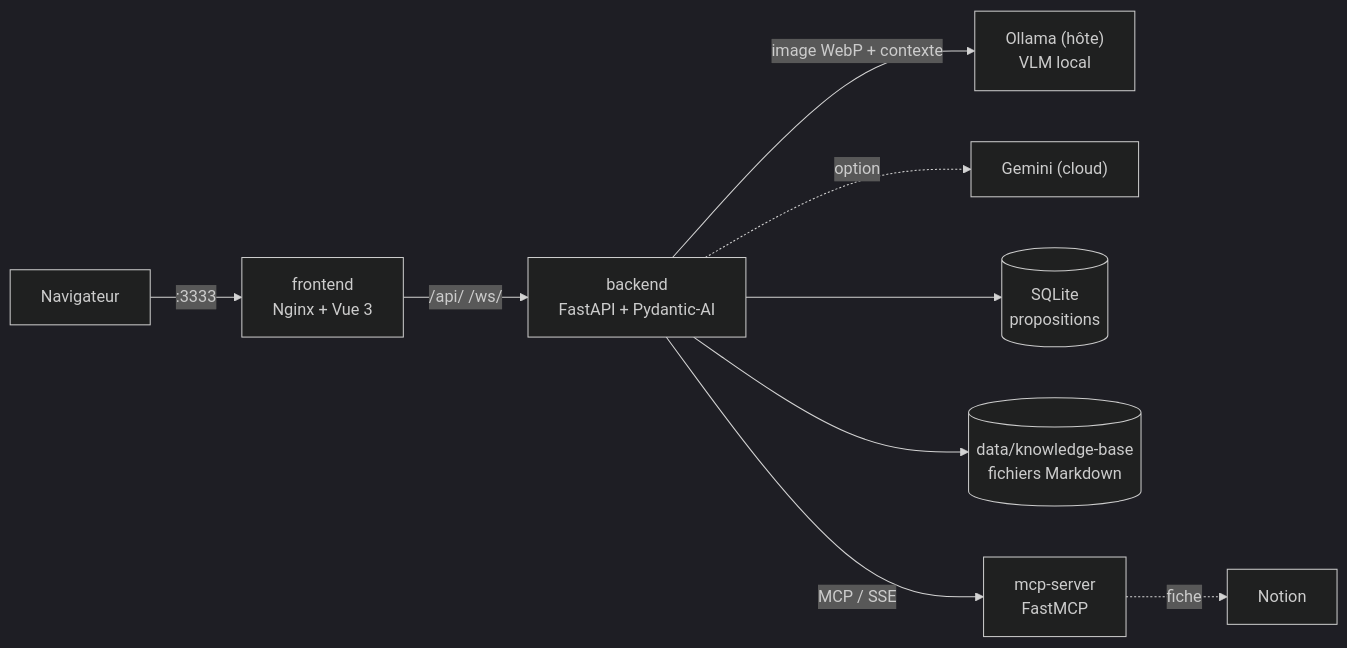
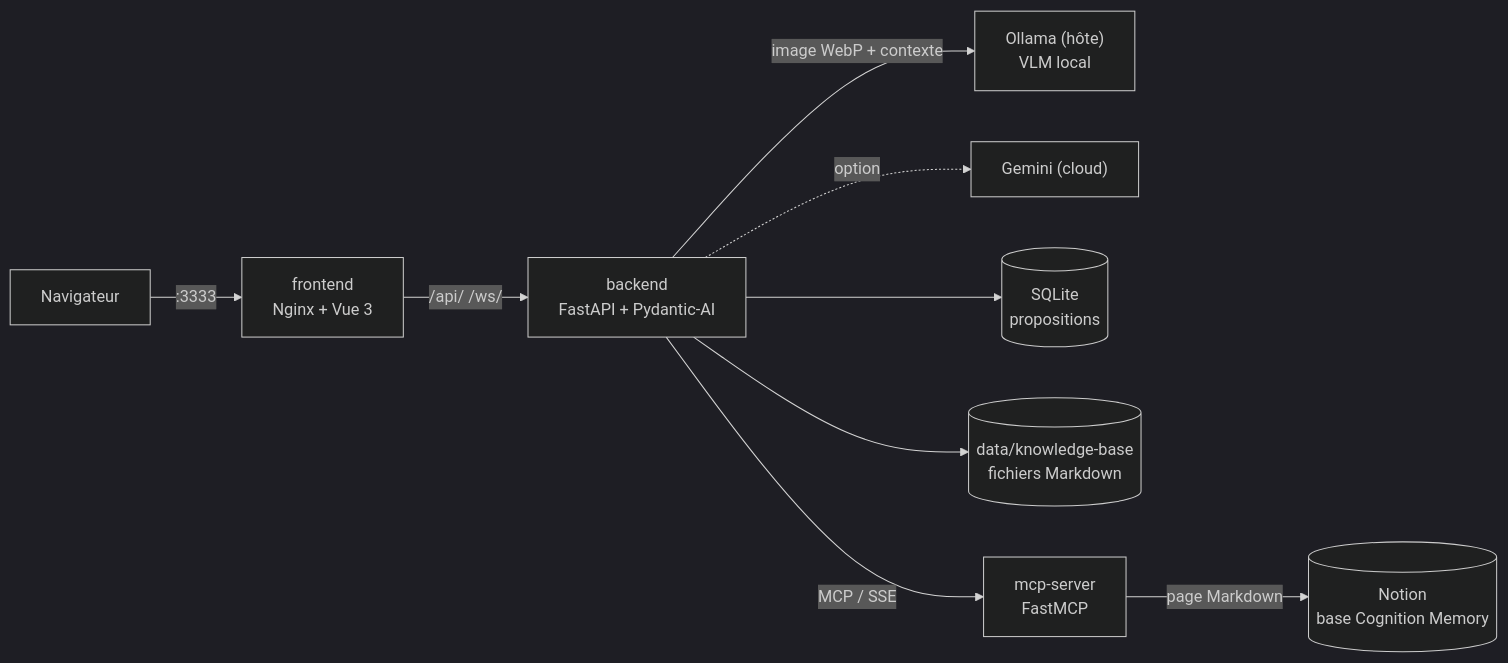
Before and after one commit to NABIHAyman/Assistant_Cognitif_V2: the first of 2 diagrams in README.md, drawn with Mermaid (dark theme). The commit also changed other lines of this file, not shown here.

Commit message:
docs: document Notion publishing

````diff
--- a/README.md
+++ b/README.md
@@ -71,11 +70,11 @@
 ```mermaid
 flowchart LR
     U["Navigateur"] -->|":3333"| N["frontend<br/>Nginx + Vue 3"]
     N -->|"/api/  /ws/"| B["backend<br/>FastAPI + Pydantic-AI"]
     B -->|"image WebP + contexte"| O["Ollama (hôte)<br/>VLM local"]
     B -.->|"option"| G["Gemini (cloud)"]
     B --> DB[("SQLite<br/>propositions")]
     B --> KB[("data/knowledge-base<br/>fichiers Markdown")]
     B -->|"MCP / SSE"| M["mcp-server<br/>FastMCP"]
-    M -.->|"fiche"| NO["Notion"]
+    M -->|"page Markdown"| NO[("Notion<br/>base Cognition Memory")]
 ```
````
